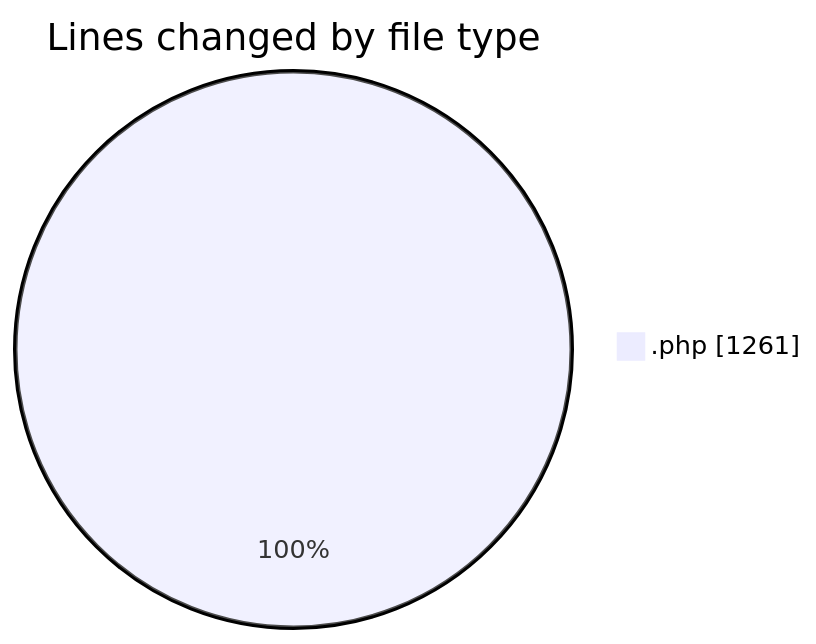
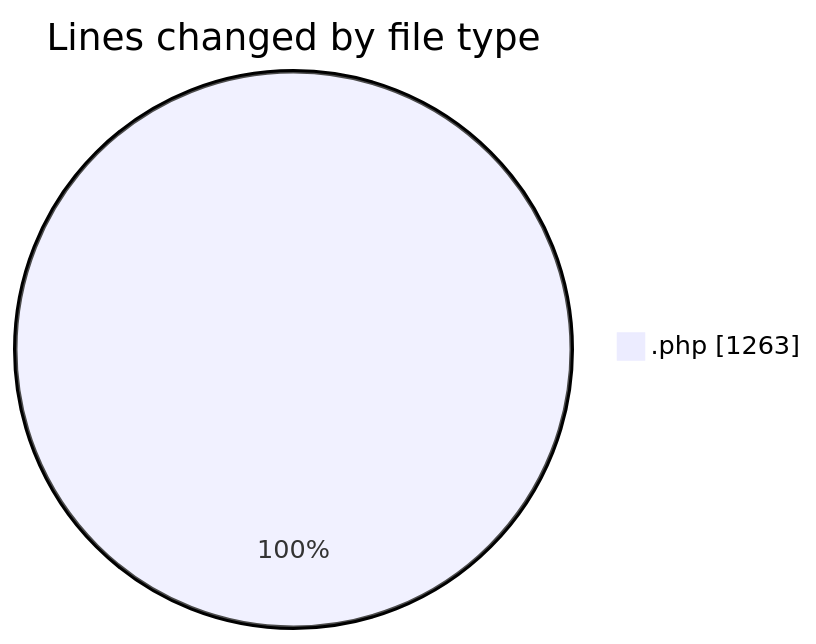
Before and after one commit to LanceThiago/code-tracking: the first of 2 diagrams in 2025-10-03/totem2/README.md, drawn with Mermaid. The commit also changed other lines of this file and 1 other file, not shown here.

````diff
--- a/2025-10-03/totem2/README.md
+++ b/2025-10-03/totem2/README.md
@@ -22,5 +22,5 @@
 ```mermaid
 pie showData
 title Lines changed by file type
-".php" : 1261
+".php" : 1263
 ```
````
